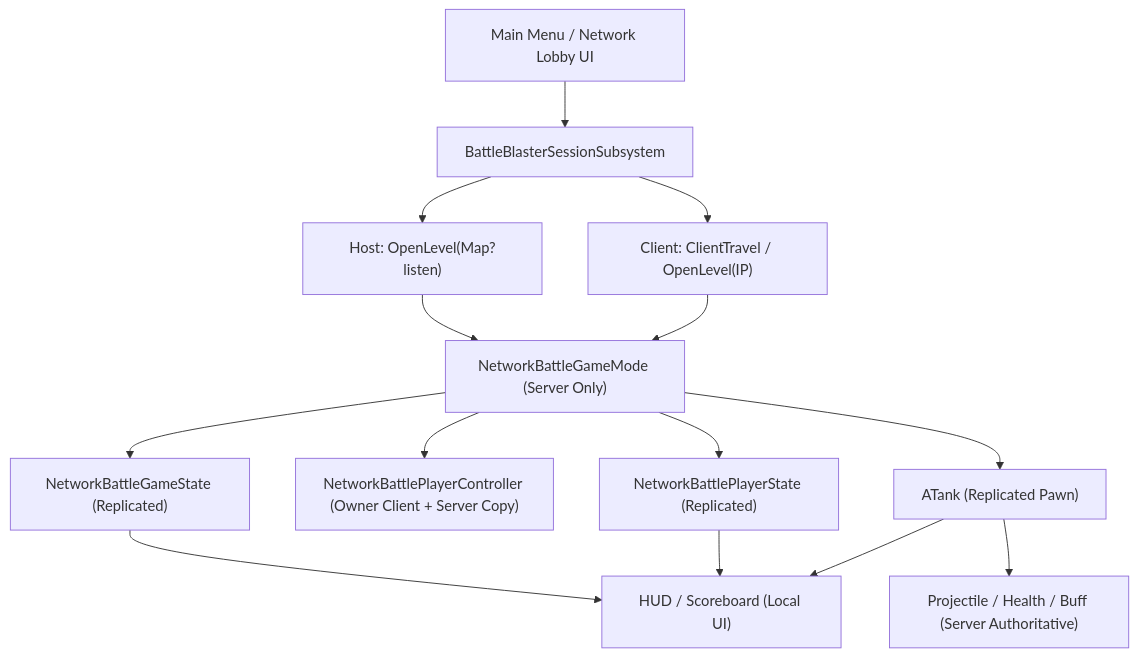
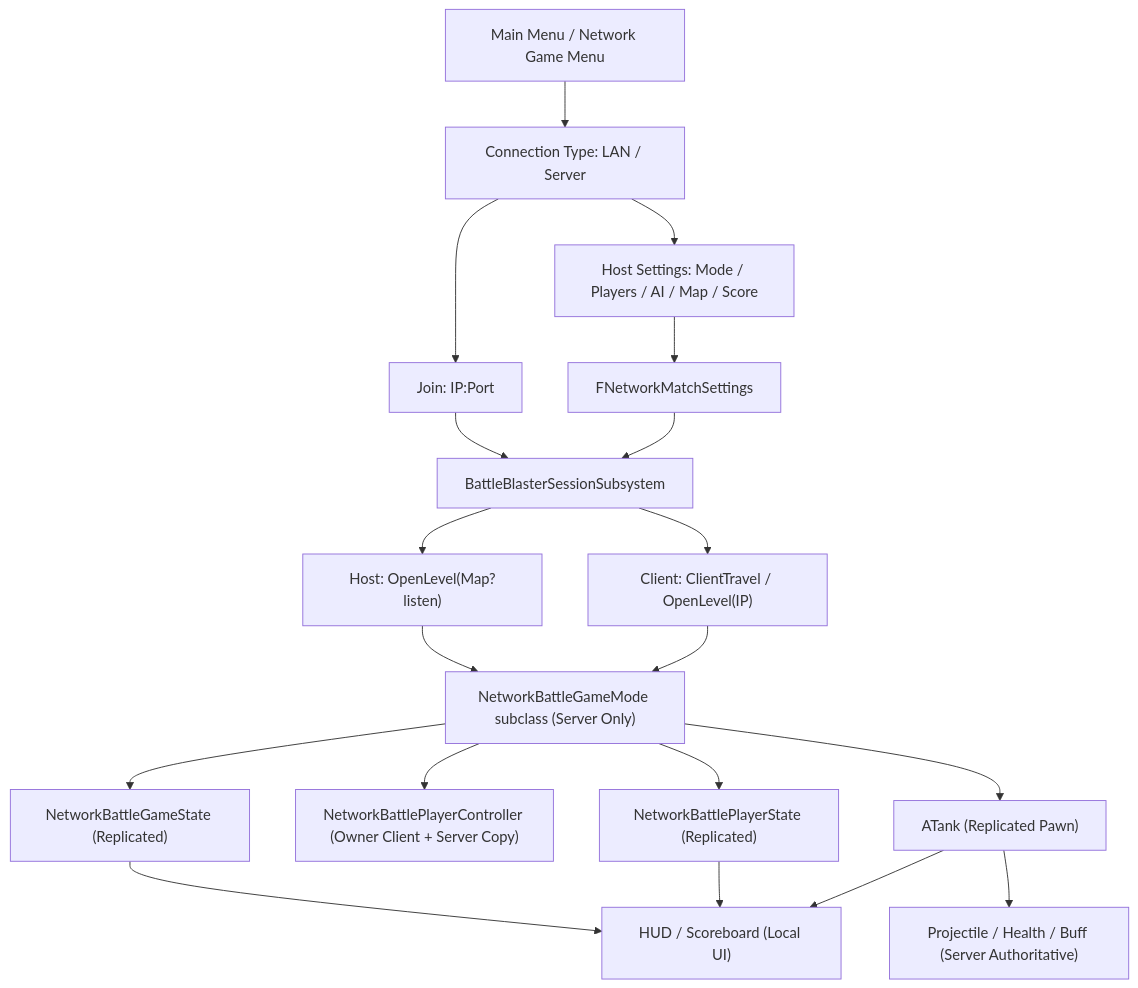
Before and after one commit to Howrun777/ATankGame: the diagram in Docs/06-network-mode-developer-guide.md, drawn with Mermaid. The commit also changed other lines of this file and 3 other files, not shown here.

````diff
--- a/Docs/06-network-mode-developer-guide.md
+++ b/Docs/06-network-mode-developer-guide.md
@@ -82,28 +172,37 @@
 ```mermaid
 flowchart TD
-    Menu["Main Menu / Network Lobby UI"]
+    Menu["Main Menu / Network Game Menu"]
+    Connection["Connection Type: LAN / Server"]
+    JoinSettings["Join: IP:Port"]
+    HostSettings["Host Settings: Mode / Players / AI / Map / Score"]
     Session["BattleBlasterSessionSubsystem"]
     Host["Host: OpenLevel(Map?listen)"]
     Join["Client: ClientTravel / OpenLevel(IP)"]
-    GM["NetworkBattleGameMode (Server Only)"]
+    Settings["FNetworkMatchSettings"]
+    GM["NetworkBattleGameMode subclass (Server Only)"]
     GS["NetworkBattleGameState (Replicated)"]
     PC["NetworkBattlePlayerController (Owner Client + Server Copy)"]
     PS["NetworkBattlePlayerState (Replicated)"]
     Tank["ATank (Replicated Pawn)"]
     Combat["Projectile / Health / Buff (Server Authoritative)"]
     UI["HUD / Scoreboard (Local UI)"]
 
-    Menu --> Session
+    Menu --> Connection
+    Connection --> JoinSettings
+    Connection --> HostSettings
+    JoinSettings --> Session
+    HostSettings --> Settings
+    Settings --> Session
     Session --> Host
     Session --> Join
     Host --> GM
     Join --> GM
     GM --> GS
     GM --> PC
     GM --> PS
     GM --> Tank
     Tank --> Combat
     GS --> UI
     PS --> UI
     Tank --> UI
 ```
````
